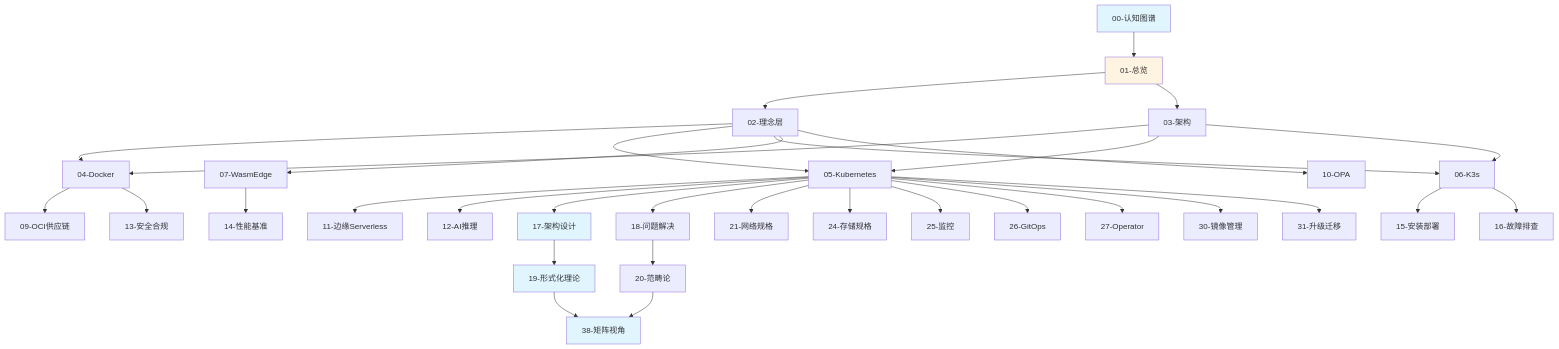
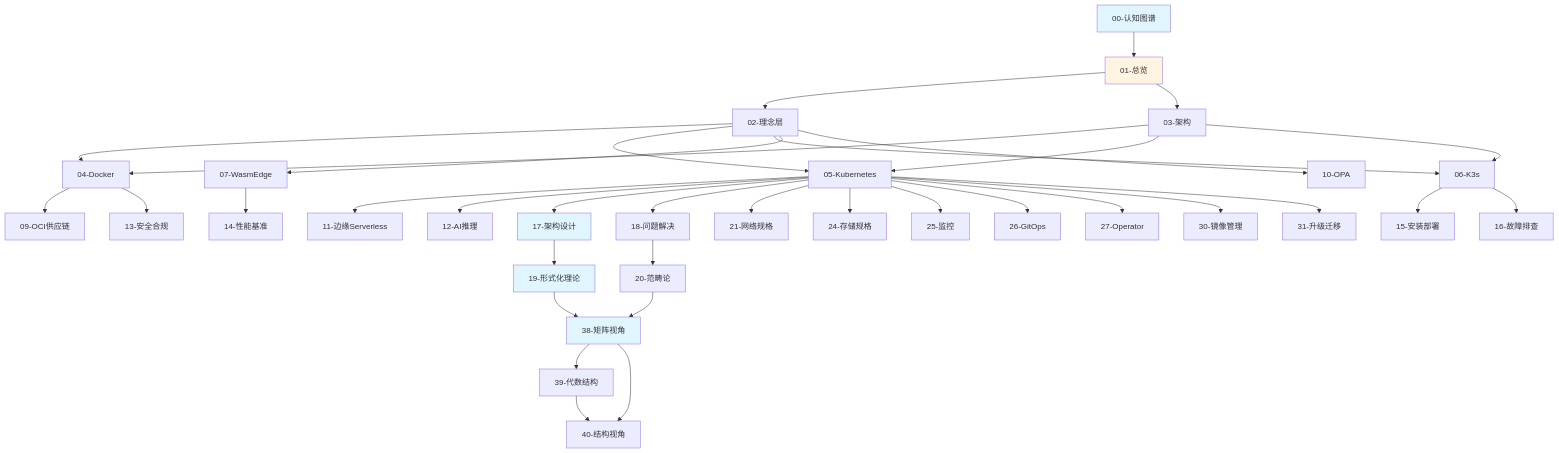
Before and after one commit to AdaMartin18010/wasmedge_k3s: the diagram in docs/INDEX.md, drawn with Mermaid. The commit also changed other lines of this file and 22 other files, not shown here.

````diff
--- a/docs/INDEX.md
+++ b/docs/INDEX.md
@@ -170,49 +172,52 @@
 ```mermaid
 graph TB
     A[00-认知图谱] --> B[01-总览]
     B --> C[02-理念层]
     B --> D[03-架构]
 
     C --> E[04-Docker]
     C --> F[05-Kubernetes]
     C --> G[06-K3s]
     C --> H[07-WasmEdge]
     C --> I[10-OPA]
 
     D --> E
     D --> F
     D --> G
 
     E --> J[09-OCI供应链]
     E --> K[13-安全合规]
 
     F --> L[11-边缘Serverless]
     F --> M[12-AI推理]
 
     G --> N[15-安装部署]
     G --> O[16-故障排查]
 
     H --> P[14-性能基准]
 
     F --> Q[17-架构设计]
     F --> R[18-问题解决]
 
     Q --> S[19-形式化理论]
     R --> T[20-范畴论]
     S --> UU[38-矩阵视角]
     T --> UU
+    UU --> VV[39-代数结构]
+    UU --> WW[40-结构视角]
+    VV --> WW
 
     F --> U[21-网络规格]
     F --> V[24-存储规格]
     F --> W[25-监控]
     F --> X[26-GitOps]
     F --> Y[27-Operator]
     F --> Z[30-镜像管理]
     F --> AA[31-升级迁移]
 
     style A fill:#e1f5ff
     style B fill:#fff4e1
     style Q fill:#e1f5ff
     style S fill:#e1f5ff
     style UU fill:#e1f5ff
 ```
````
